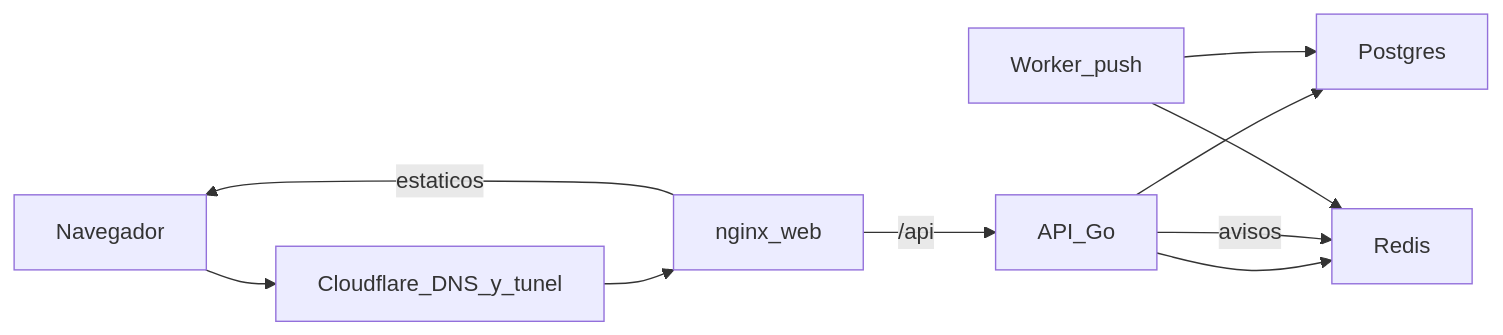
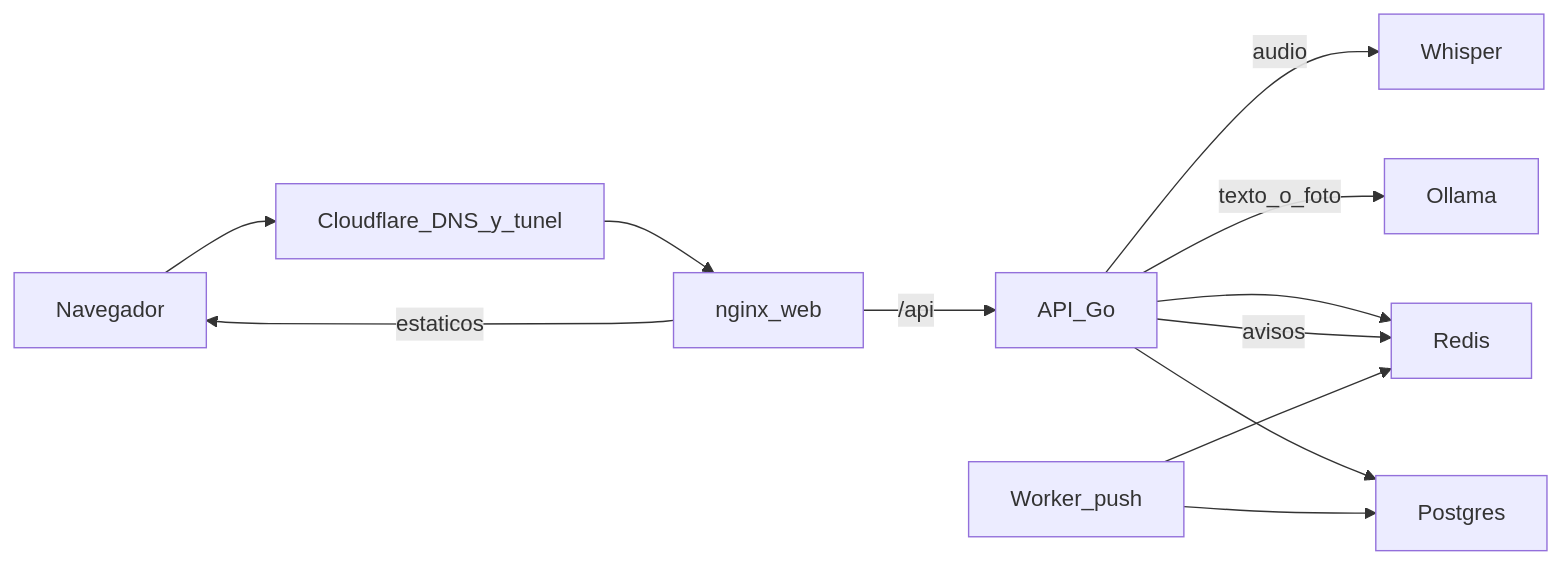
The diagram in docs/arquitectura.md (josh-94/APPRUMBO), drawn with Mermaid before and after one commit. The commit also changed other lines of this file and 23 other files, not shown here.

First line of the commit message:
Enhance financial app with Ollama and Whisper integration

````diff
--- a/docs/arquitectura.md
+++ b/docs/arquitectura.md
@@ -9,18 +9,22 @@
 ```mermaid
 flowchart LR
   browser[Navegador]
   cf[Cloudflare_DNS_y_tunel]
   web[nginx_web]
   api[API_Go]
   pg[Postgres]
   redis[Redis]
   worker[Worker_push]
+  ollama[Ollama]
+  whisper[Whisper]
   browser --> cf --> web
   web -->|estaticos| browser
   web -->|/api| api
   api --> pg
   api --> redis
   api -->|avisos| redis
+  api -->|texto_o_foto| ollama
+  api -->|audio| whisper
   worker --> redis
   worker --> pg
 ```
````
